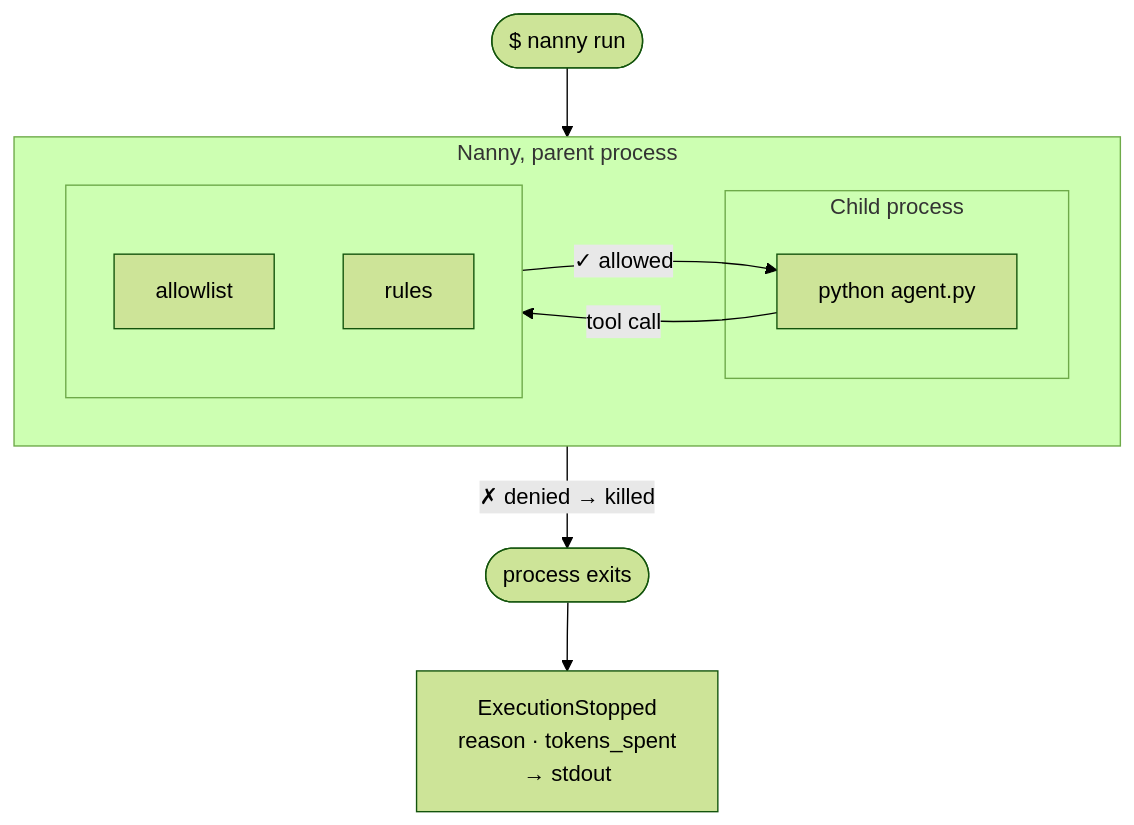
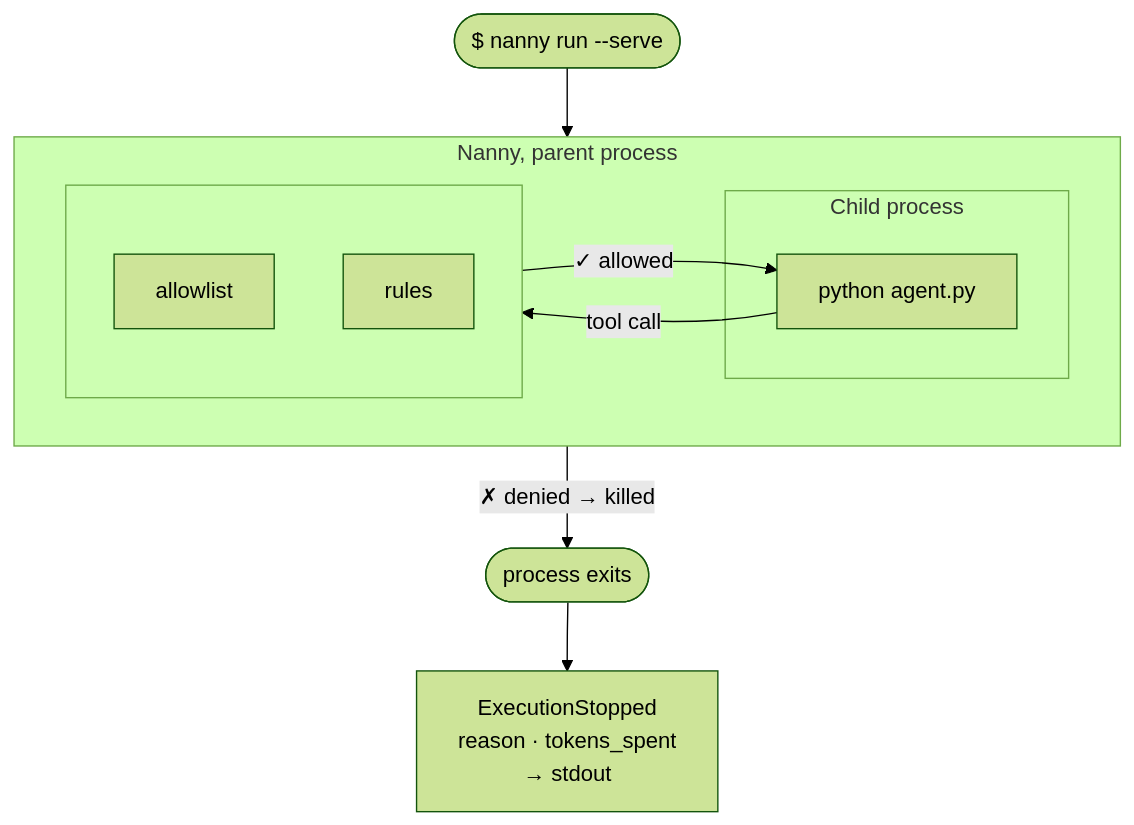
The first of 2 diagrams in docs/v0.6/concepts/how-it-works.mdx (nanny-run/nanny), drawn with Mermaid (forest theme) before and after one commit. The commit also changed other lines of this file and 14 other files, not shown here.

````diff
--- a/docs/v0.6/concepts/how-it-works.mdx
+++ b/docs/v0.6/concepts/how-it-works.mdx
@@ -11,26 +11,26 @@
 ```mermaid
 flowchart TD
-    CMD(["$ nanny run"])
+    CMD(["$ nanny run --serve"])
 
     CMD --> NANNY
 
     subgraph NANNY["Nanny, parent process"]
         direction LR
 
         subgraph CHILD["Child process"]
             AGENT["python agent.py"]
         end
 
         subgraph ENFORCE[" "]
             direction TB
             ALLOW["allowlist"]
             RULES["rules"]
         end
 
         AGENT -- "tool call" --> ENFORCE
         ENFORCE -- "✓  allowed" --> AGENT
     end
 
     ENFORCE -- "✗  denied → killed" --> DEAD(["process exits"])
     DEAD --> LOG["ExecutionStopped\nreason · tokens_spent\n→ stdout"]
 ```
````
